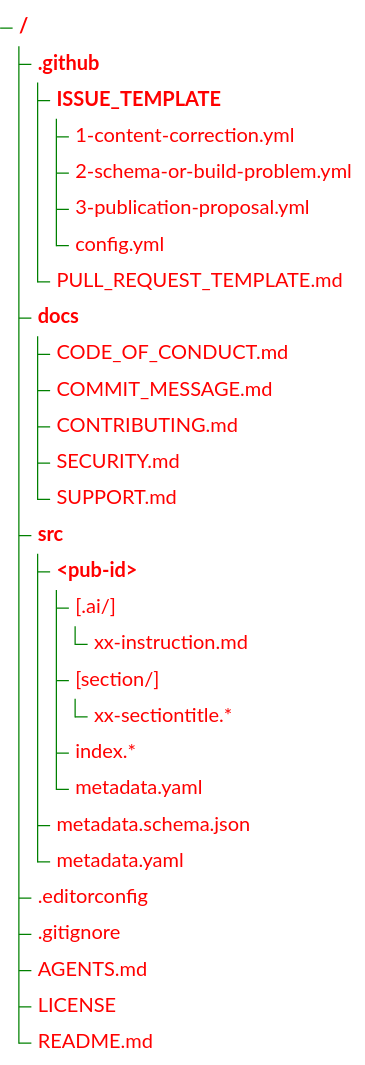
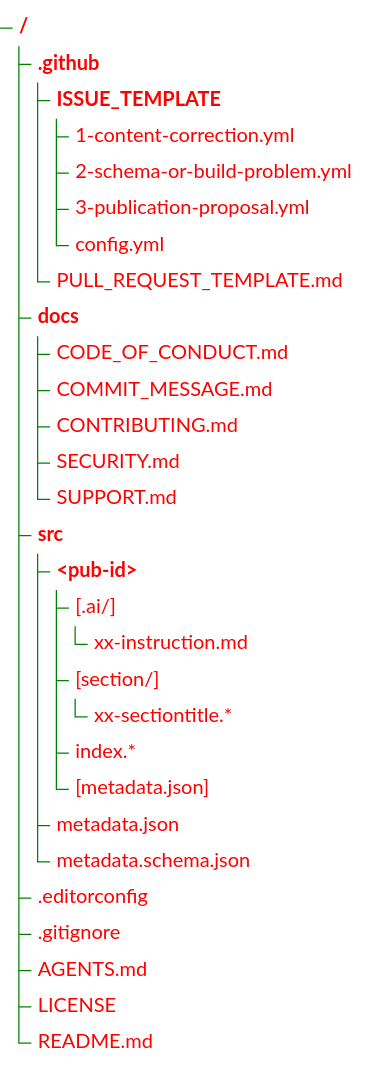
One commit to shorodilov/publications changed the diagram in README.md. Above: the diagram before and after it, drawn with Mermaid. The commit also changed other lines of this file and 5 other files, not shown here.

````diff
--- a/README.md
+++ b/README.md
@@ -20,38 +20,38 @@
 ```mermaid
 ---
 config:
     themeVariables:
         treeView:
             labelColor: "red"
             lineColor: "green"
 ---
 treeView-beta
     ".github/"
         "ISSUE_TEMPLATE/"
             "1-content-correction.yml"
             "2-schema-or-build-problem.yml"
             "3-publication-proposal.yml"
             "config.yml"
         "PULL_REQUEST_TEMPLATE.md"
     "docs/"
         "CODE_OF_CONDUCT.md"
         "COMMIT_MESSAGE.md"
         "CONTRIBUTING.md"
         "SECURITY.md"
         "SUPPORT.md"
     "src/"
         "<pub-id>/"
             "[.ai/]"
                 "xx-instruction.md"
             "[section/]"
                 "xx-sectiontitle.*"
             "index.*"
-            "metadata.yaml"
+            "[metadata.json]"
+        "metadata.json"
         "metadata.schema.json"
-        "metadata.yaml"
     ".editorconfig"
     ".gitignore"
     "AGENTS.md"
     "LICENSE"
     "README.md"
 ```
````
